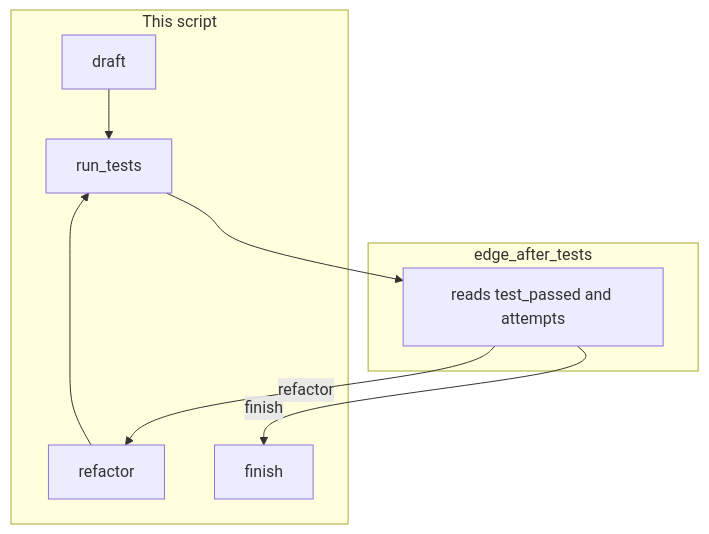
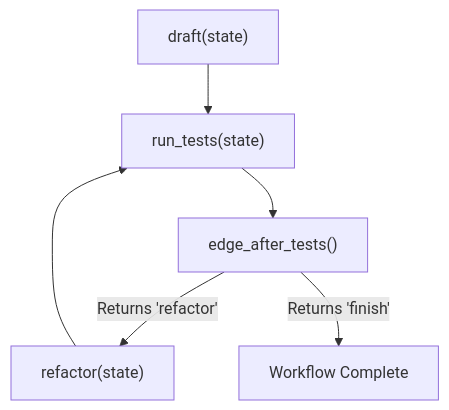
The diagram in education/10_the_workflow/lab2_graph_workflow.md (jacobbweber/AgenticAI-Labs), drawn with Mermaid before and after one commit. The commit also changed other lines of this file and 123 other files, not shown here.

````diff
--- a/education/10_the_workflow/lab2_graph_workflow.md
+++ b/education/10_the_workflow/lab2_graph_workflow.md
@@ -15,17 +18,8 @@
 ```mermaid
 flowchart TD
-    subgraph lab2_graph_script [This script]
-        DRAFT["draft"]
-        TEST["run_tests"]
-        REF["refactor"]
-        DONE["finish"]
-    end
-    subgraph lab2_graph_edge [edge_after_tests]
-        EDGE["reads test_passed and attempts"]
-    end
-    DRAFT --> TEST
-    TEST --> EDGE
-    EDGE -->|"refactor"| REF
-    REF --> TEST
-    EDGE -->|"finish"| DONE
+    A["draft(state)"] --> B["run_tests(state)"]
+    B --> C["edge_after_tests()"]
+    C -->|"Returns 'refactor'"| D["refactor(state)"]
+    D --> B
+    C -->|"Returns 'finish'"| E["Workflow Complete"]
 ```
````
